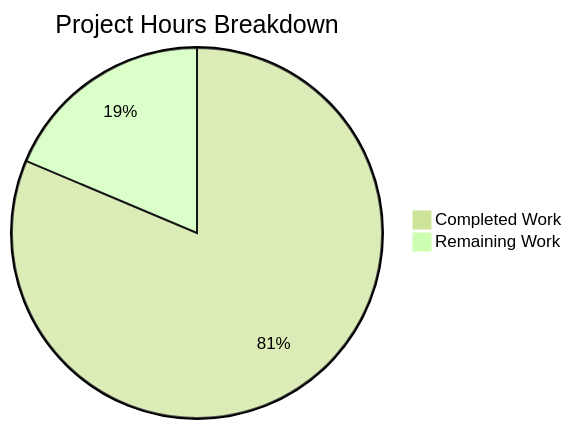
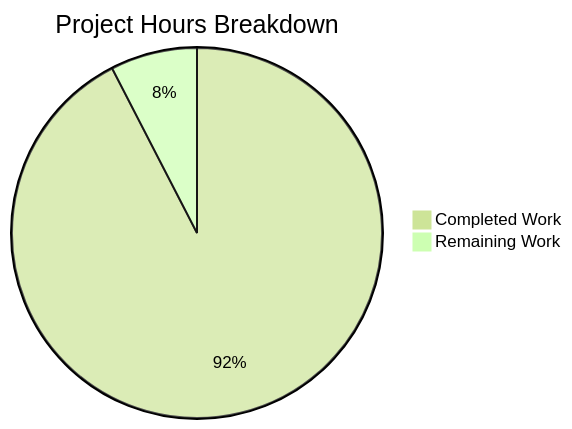
One commit to sudhanshu-spec/test-spec changed the diagram in blitzy/documentation/Project Guide.md. Above: the diagram before and after it, drawn with Mermaid (forest theme). The commit also changed other lines of this file, not shown here.

Commit message:
Adding Blitzy Project Guide: Project Status and Human Tasks Remaining

````diff
--- a/blitzy/documentation/Project Guide.md
+++ b/blitzy/documentation/Project Guide.md
@@ -27,5 +95,5 @@
 ```mermaid
 pie title Project Hours Breakdown
-    "Completed Work" : 48
-    "Remaining Work" : 11
+    "Completed Work" : 61
+    "Remaining Work" : 5
 ```
````
